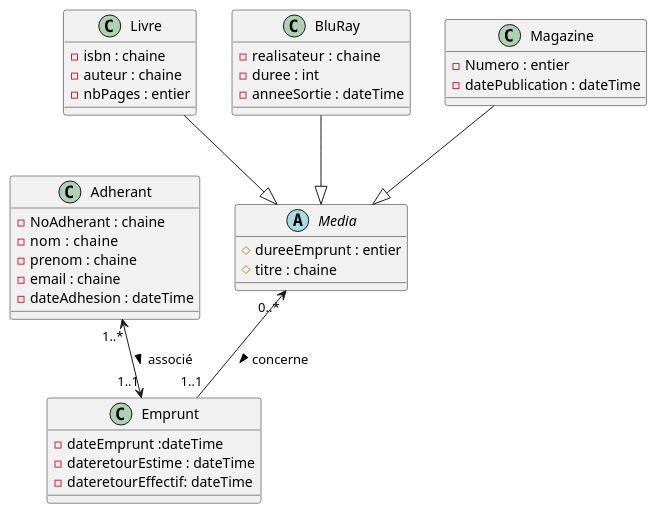
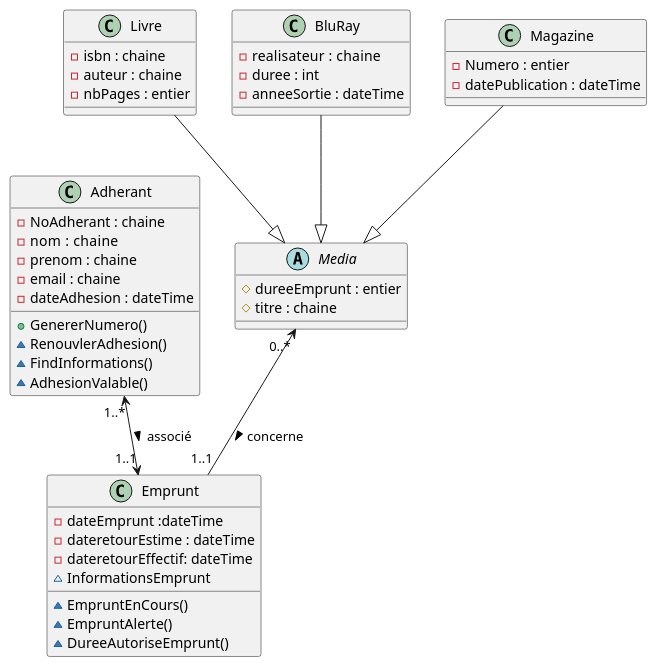
One commit to fadel-amar/php-bibliotheque changed the diagram in documentation/diagramme de classe.puml. Above: the diagram before and after it, drawn with PlantUML. The commit also changed 2 other files, not shown here.

```diff
--- a/documentation/diagramme de classe.puml
+++ b/documentation/diagramme de classe.puml
@@ -1,56 +1,67 @@
 @startuml
+'https://plantuml.com/class-diagram
+'skinparam classAttributeIconSize 0
 
 Abstract Class Media {
 #dureeEmprunt : entier
 #titre : chaine
 }
 
 
 Class Livre {
 - isbn : chaine
 - auteur : chaine
 - nbPages : entier
 }
 
 
 Class BluRay {
 - realisateur  : chaine
 - duree : int
 - anneeSortie : dateTime
 }
 
 
 Class Magazine {
 - Numero : entier
 - datePublication : dateTime
 }
 
 
 
 
 
 Class Adherant {
 - NoAdherant : chaine
 - nom  : chaine
 - prenom : chaine
 - email : chaine
 - dateAdhesion : dateTime
++ GenererNumero()
+~ RenouvlerAdhesion()
+~ FindInformations()
+~ AdhesionValable()
+
 }
 
 Class Emprunt {
 - dateEmprunt :dateTime
 - dateretourEstime : dateTime
 - dateretourEffectif: dateTime
+~ InformationsEmprunt
+~ EmpruntEnCours()
+~ EmpruntAlerte()
+~ DureeAutoriseEmprunt()
 }
 
 
 
 
 
 
 Livre --|> Media
 BluRay --|> Media
 Magazine --|> Media
 Adherant "1..*" <--> "1..1" Emprunt : associé >
 Media "0..*" <-- "1..1" Emprunt : concerne >
 @enduml
```
